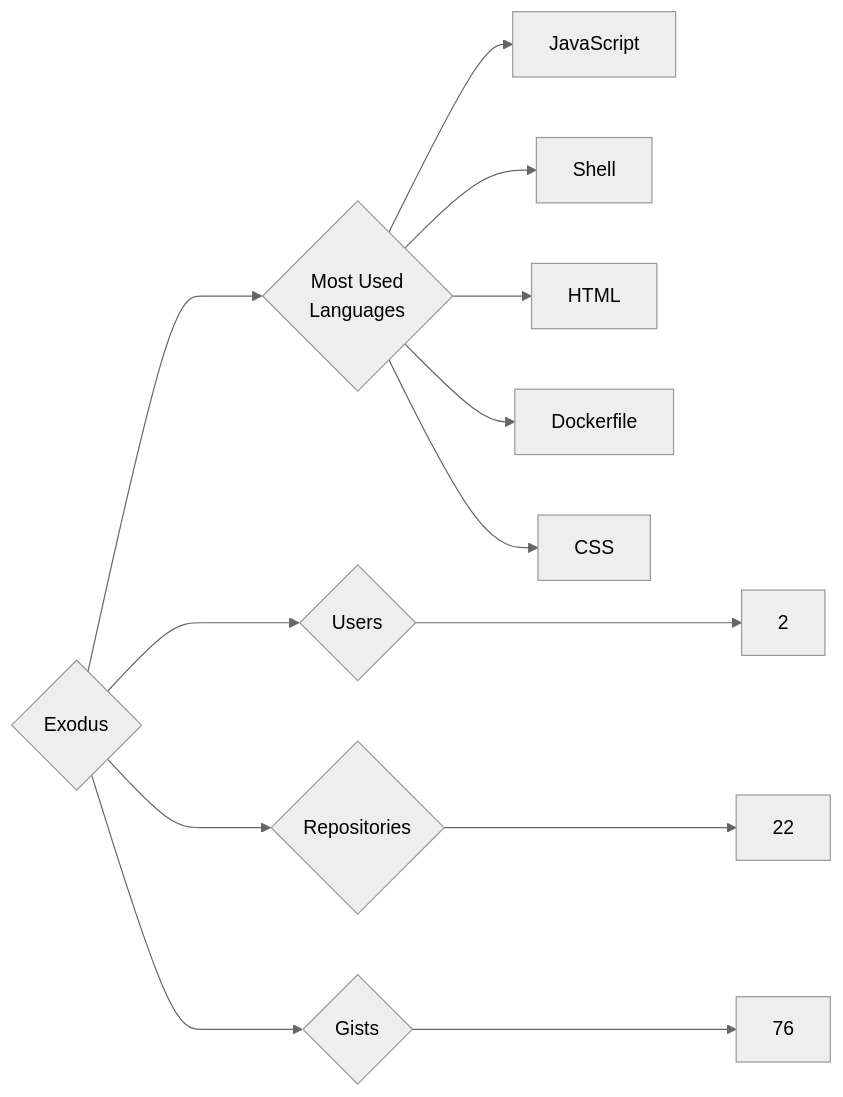
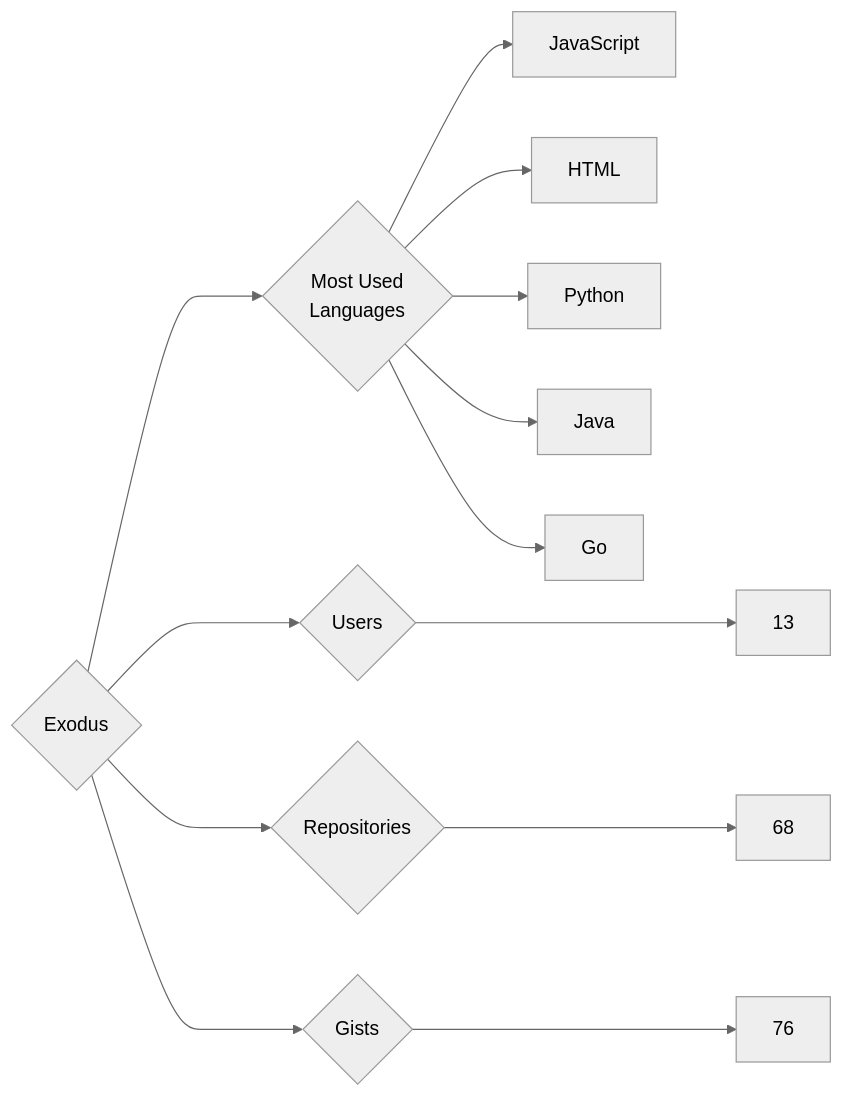
One commit to trickest/insiders changed the diagram in targets/Exodus/README.md. Above: the diagram before and after it, drawn with Mermaid (neutral theme). The commit also changed 873 other files, not shown here.

````diff
--- a/targets/Exodus/README.md
+++ b/targets/Exodus/README.md
@@ -3,13 +3,13 @@
 ```mermaid
 graph LR
 COMPANY_NAME{Exodus}
-COMPANY_NAME ---> U{Users} ---> UN[2]
-COMPANY_NAME ---> R{Repositories} ---> RN[22]
+COMPANY_NAME ---> U{Users} ---> UN[13]
+COMPANY_NAME ---> R{Repositories} ---> RN[68]
 COMPANY_NAME ---> G{Gists} ---> GN[76]
 COMPANY_NAME ---> ML{Most Used<br>Languages}
 ML --> JavaScript[JavaScript]
-ML --> Shell[Shell]
 ML --> HTML[HTML]
-ML --> Dockerfile[Dockerfile]
-ML --> CSS[CSS]
+ML --> Python[Python]
+ML --> Java[Java]
+ML --> Go[Go]
 ```
````
